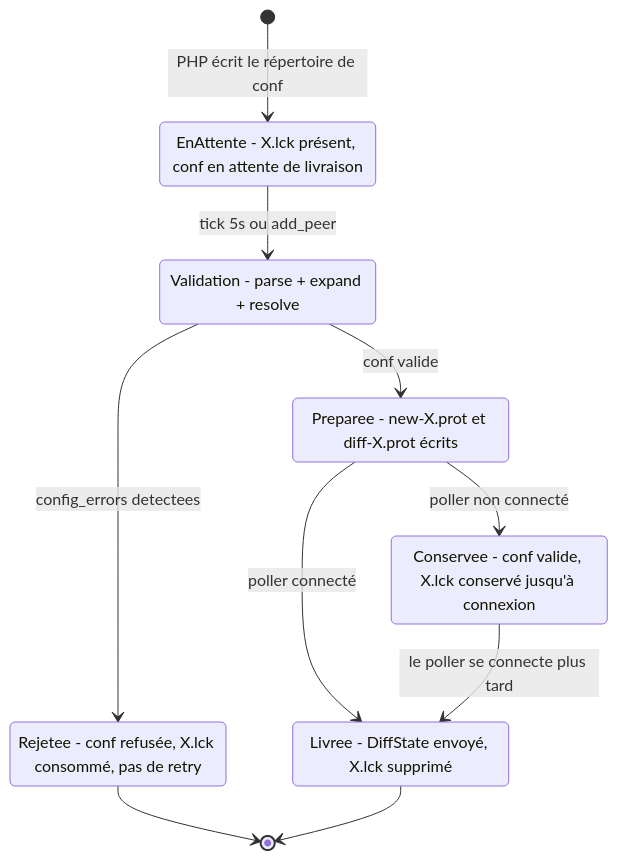
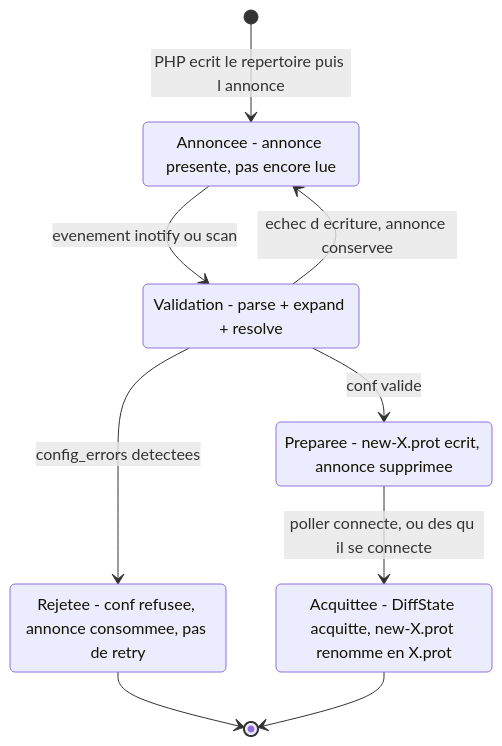
The eighth of 43 diagrams in doc/nego-engine-broker-fr.md (centreon/centreon-collect), drawn with Mermaid before and after one commit. The commit also changed other lines of this file and 26 other files, not shown here.

````diff
--- a/doc/nego-engine-broker-fr.md
+++ b/doc/nego-engine-broker-fr.md
@@ -720,18 +1143,16 @@
 ```mermaid
 stateDiagram-v2
-    EnAttente: EnAttente - X.lck présent, conf en attente de livraison
+    Annoncee: Annoncee - annonce presente, pas encore lue
     Validation: Validation - parse + expand + resolve
-    Rejetee: Rejetee - conf refusée, X.lck consommé, pas de retry
-    Preparee: Preparee - new-X.prot et diff-X.prot écrits
-    Conservee: Conservee - conf valide, X.lck conservé jusqu'à connexion
-    Livree: Livree - DiffState envoyé, X.lck supprimé
-    [*] --> EnAttente: PHP écrit le répertoire de conf
-    EnAttente --> Validation: tick 5s ou add_peer
+    Rejetee: Rejetee - conf refusee, annonce consommee, pas de retry
+    Preparee: Preparee - new-X.prot ecrit, annonce supprimee
+    Acquittee: Acquittee - DiffState acquitte, new-X.prot renomme en X.prot
+    [*] --> Annoncee: PHP ecrit le repertoire puis l annonce
+    Annoncee --> Validation: evenement inotify ou scan
     Validation --> Rejetee: config_errors detectees
+    Validation --> Annoncee: echec d ecriture, annonce conservee
     Validation --> Preparee: conf valide
     Rejetee --> [*]
-    Preparee --> Livree: poller connecté
-    Preparee --> Conservee: poller non connecté
-    Conservee --> Livree: le poller se connecte plus tard
-    Livree --> [*]
+    Preparee --> Acquittee: poller connecte, ou des qu il se connecte
+    Acquittee --> [*]
 ```
````
